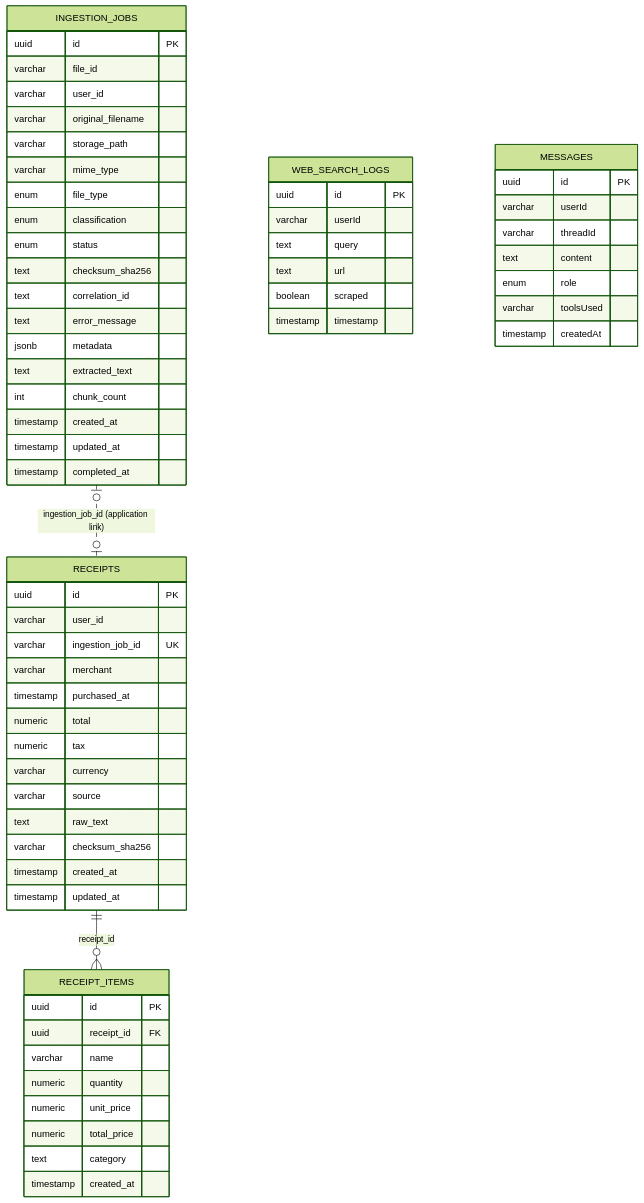
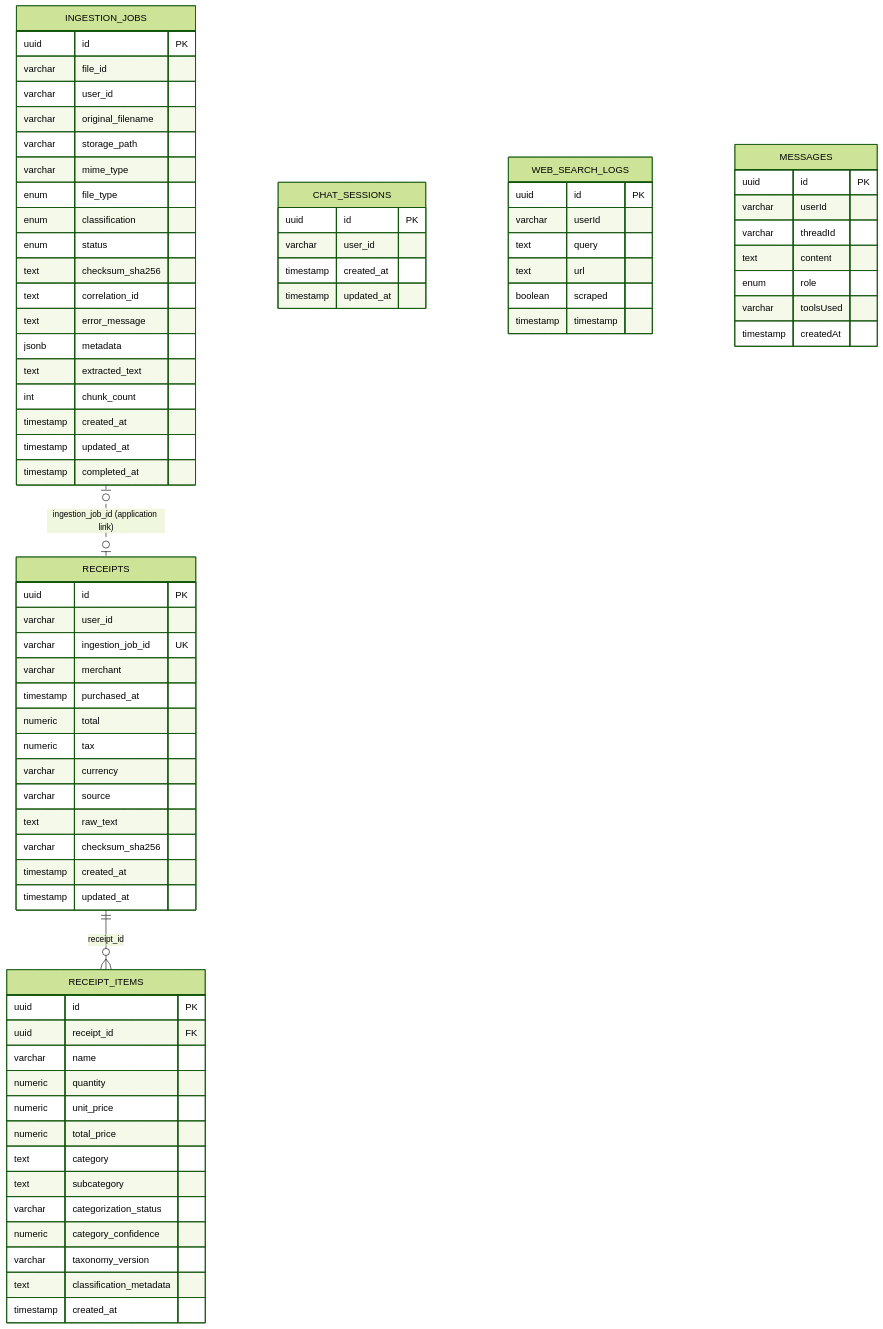
The diagram in docs/database-schema.md (dunglucbac/rag-chatbot), drawn with Mermaid (forest theme) before and after one commit. The commit also changed other lines of this file and 64 other files, not shown here.

```diff
--- a/docs/database-schema.md
+++ b/docs/database-schema.md
@@ -49,7 +60,19 @@
         numeric unit_price
         numeric total_price
         text category
+        text subcategory
+        varchar categorization_status
+        numeric category_confidence
+        varchar taxonomy_version
+        text classification_metadata
         timestamp created_at
+    }
+
+    CHAT_SESSIONS {
+        uuid id PK
+        varchar user_id
+        timestamp created_at
+        timestamp updated_at
     }
 
     WEB_SEARCH_LOGS {
```
